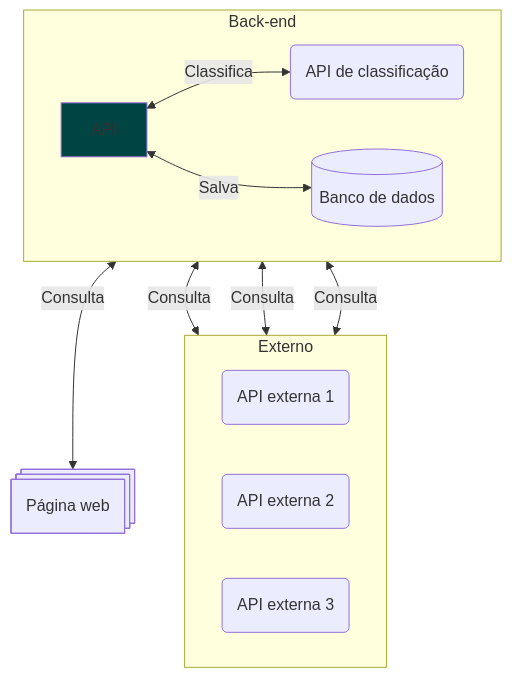
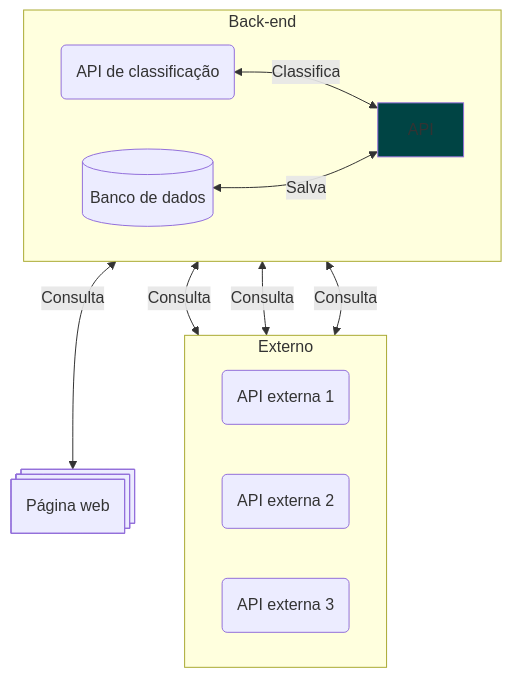
The first of 5 diagrams in issues/01 - Slowly APIs integrations.md (jjpaulo2/architecture), drawn with Mermaid before and after one commit. The commit also changed other lines of this file, not shown here.

````diff
--- a/issues/01 - Slowly APIs integrations.md
+++ b/issues/01 - Slowly APIs integrations.md
@@ -15,25 +15,25 @@
 ```mermaid
 flowchart BT
     web_page@{ shape: procs, label: "Página web"}
     subgraph Externo
         direction LR
         external_api_1(API externa 1)
         external_api_2(API externa 2)
         external_api_3(API externa 3)
     end
     subgraph Back-end
         direction RL
         api[API]
         classifier_api(API de classificação)
         db[(Banco de dados)]
     end
 
     style api fill:#044
 
     web_page <-->|Consulta| api
-    classifier_api <-->|Classifica| api
-    db <-->|Salva| api
+    api <-->|Classifica| classifier_api 
+    api <-->|Salva| db
     external_api_1 <-->|Consulta| api
     external_api_2 <-->|Consulta| api
     external_api_3 <-->|Consulta| api
 ```
````
